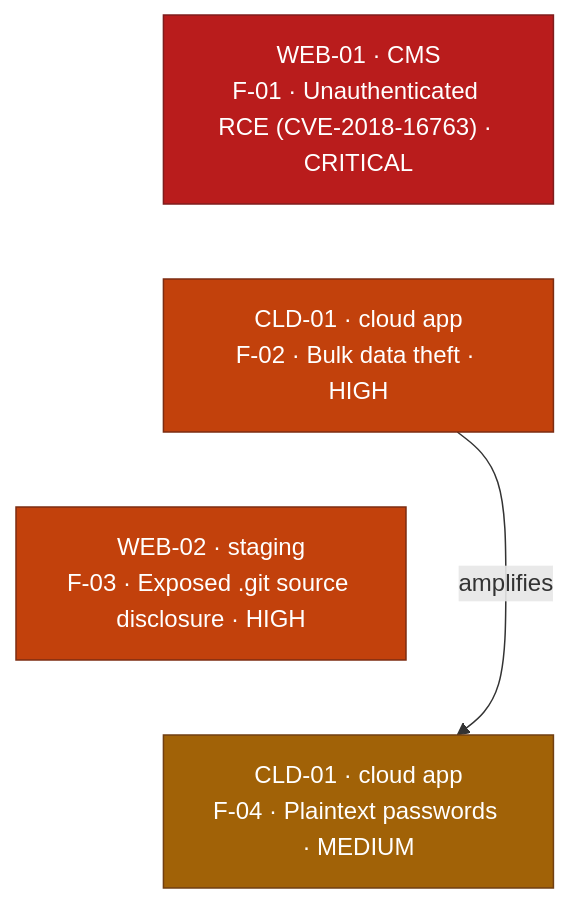
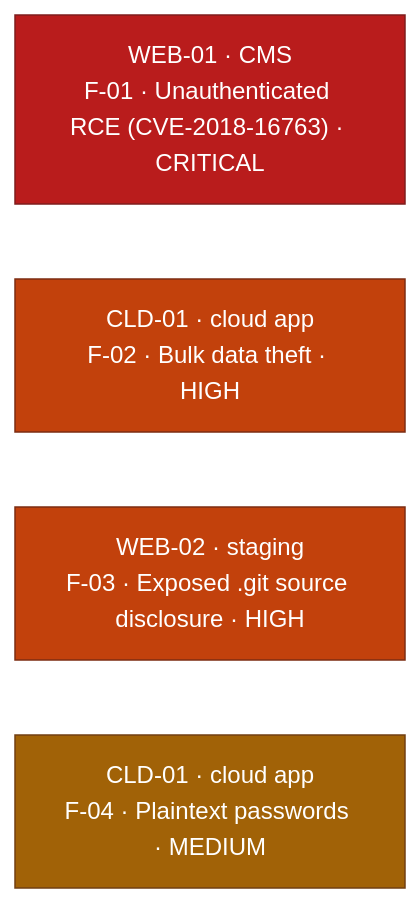
Before and after one commit to ouroboros-white/cybersecurity-portfolio: the diagram in reports/lab-assessment-2026-08.md, drawn with Mermaid. The commit also changed other lines of this file, not shown here.

First line of the commit message:
style: drop the amplification arrow from the management graphic

````diff
--- a/reports/lab-assessment-2026-08.md
+++ b/reports/lab-assessment-2026-08.md
@@ -67,17 +69,16 @@
 ```mermaid
 flowchart TD
     A1["WEB-01 · CMS<br/>F-01 · Unauthenticated RCE (CVE-2018-16763) · CRITICAL"]
     A2["CLD-01 · cloud app<br/>F-02 · Bulk data theft · HIGH"]
     A3["WEB-02 · staging<br/>F-03 · Exposed .git source disclosure · HIGH"]
     A4["CLD-01 · cloud app<br/>F-04 · Plaintext passwords · MEDIUM"]
     A1 ~~~ A2
     A2 ~~~ A3
     A3 ~~~ A4
-    A2 -->|"amplifies"| A4
     classDef crit fill:#b91c1c,stroke:#7f1d1d,color:#ffffff;
     classDef high fill:#c2410c,stroke:#7c2d12,color:#ffffff;
     classDef med fill:#a16207,stroke:#713f12,color:#ffffff;
     class A1 crit;
     class A2,A3 high;
     class A4 med;
 ```
````
